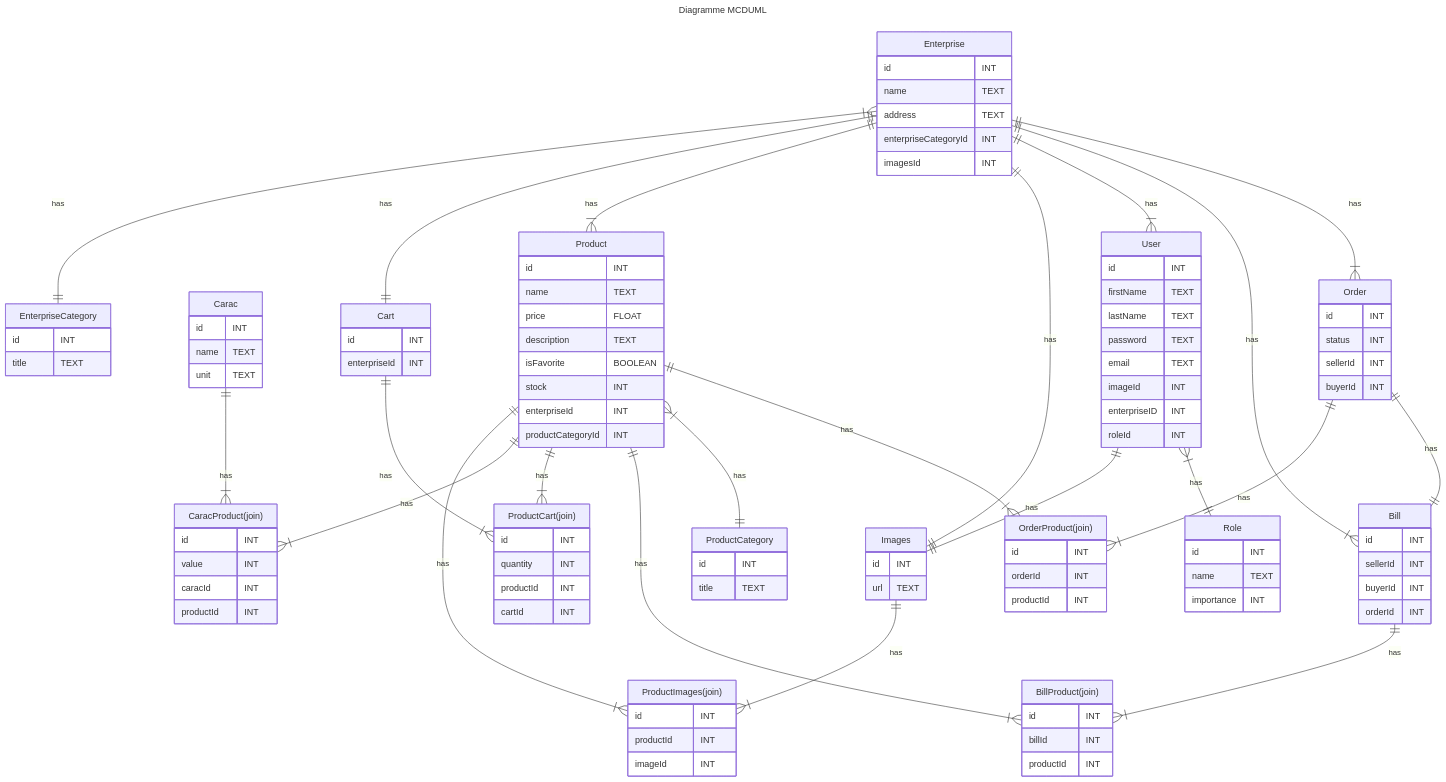
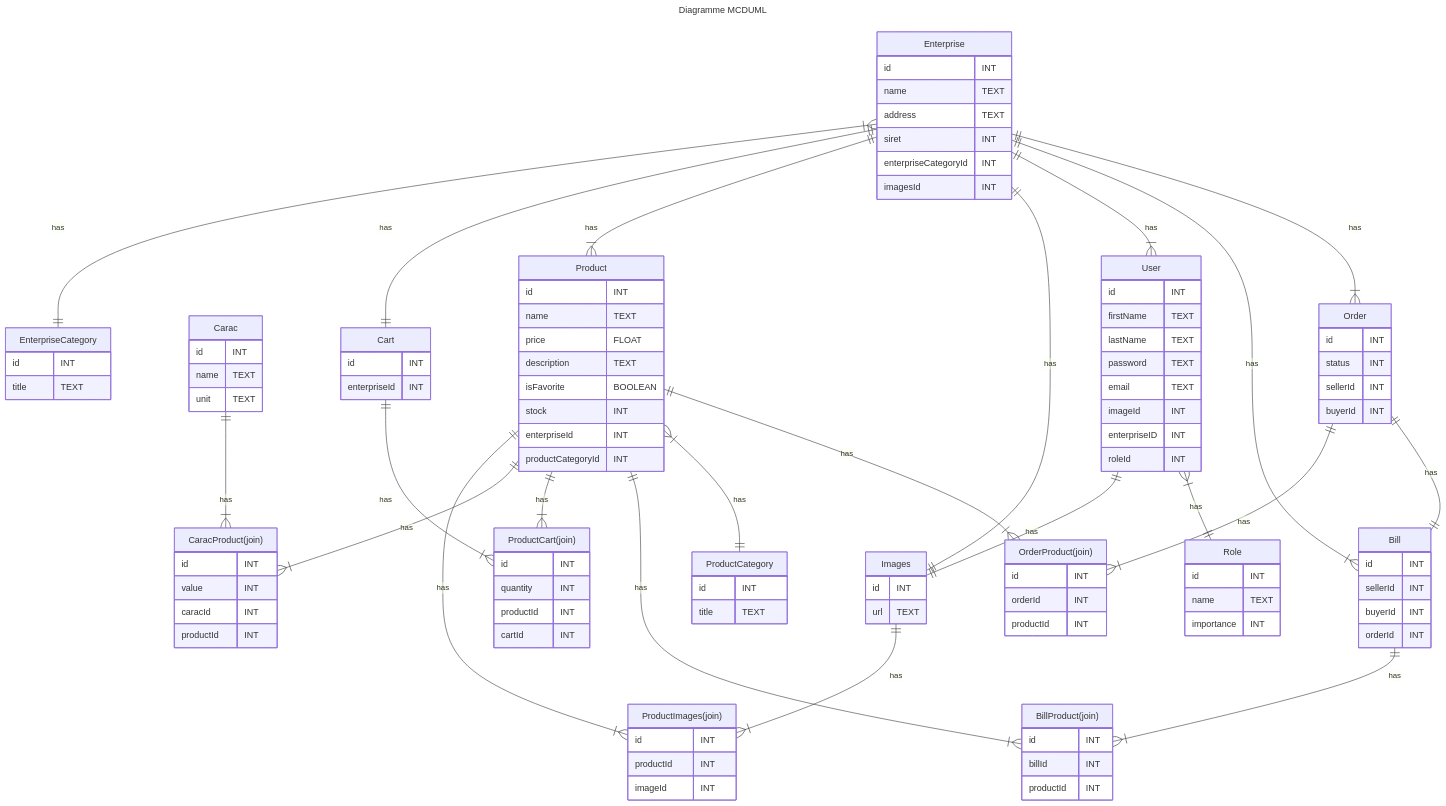
The diagram in README.md (DarkMerguez/api_stock), drawn with Mermaid before and after one commit.

```diff
--- a/README.md
+++ b/README.md
@@ -70,6 +70,7 @@
         id INT
         name TEXT
         address TEXT
+        siret INT
         enterpriseCategoryId INT
         imagesId INT
     }
```
